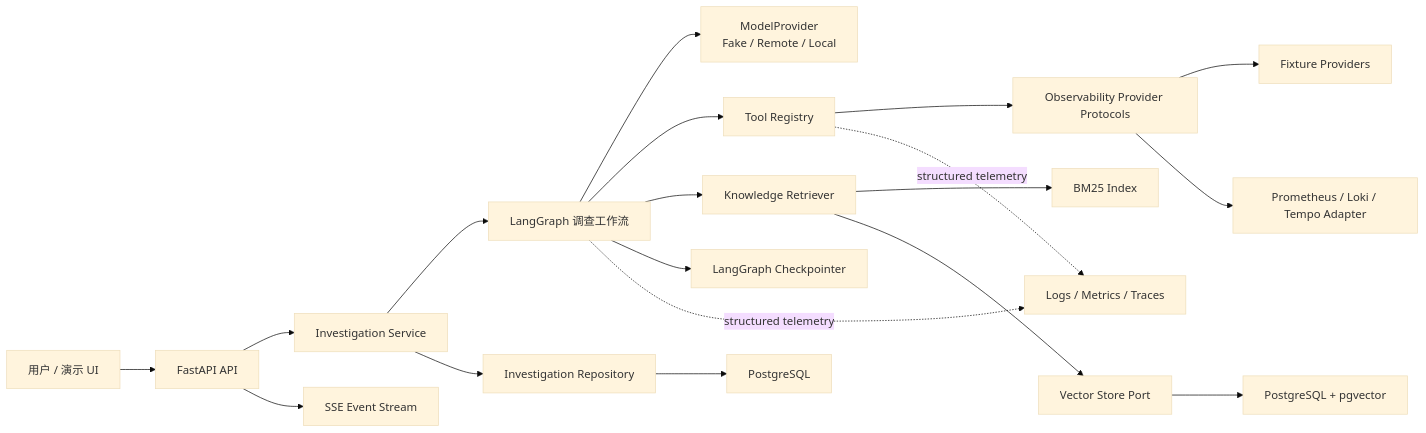
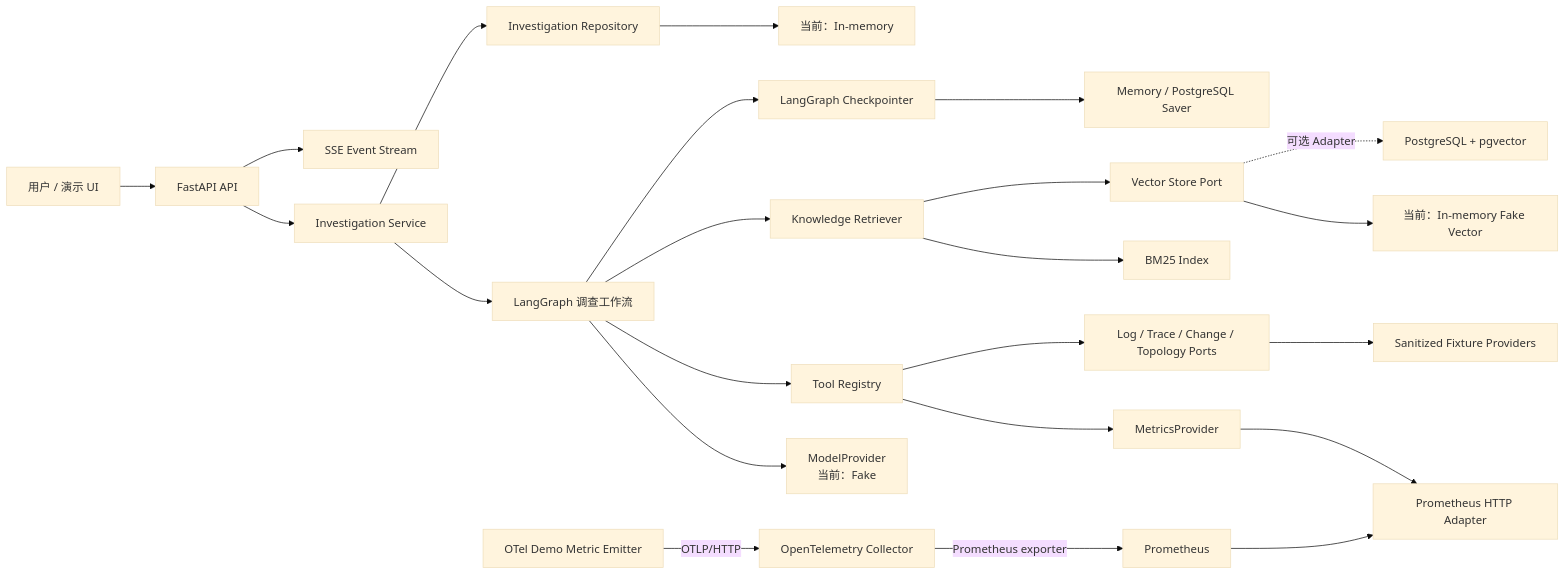
The diagram in docs/ARCHITECTURE.md (Solene200/incident-copilot), drawn with Mermaid (base theme) before and after one commit. The commit also changed other lines of this file and 3 other files, not shown here.

````diff
--- a/docs/ARCHITECTURE.md
+++ b/docs/ARCHITECTURE.md
@@ -14,21 +14,25 @@
 ```mermaid
 flowchart LR
     User["用户 / 演示 UI"] --> API["FastAPI API"]
     API --> Service["Investigation Service"]
     Service --> Graph["LangGraph 调查工作流"]
-    Graph --> Model["ModelProvider\nFake / Remote / Local"]
+    Graph --> Model["ModelProvider\n当前：Fake"]
     Graph --> Registry["Tool Registry"]
-    Registry --> ObsPorts["Observability Provider Protocols"]
-    ObsPorts --> Fixture["Fixture Providers"]
-    ObsPorts --> Real["Prometheus / Loki / Tempo Adapter"]
+    Registry --> MetricPort["MetricsProvider"]
+    Registry --> OtherPorts["Log / Trace / Change / Topology Ports"]
+    MetricPort --> PromAdapter["Prometheus HTTP Adapter"]
+    OtherPorts --> Fixture["Sanitized Fixture Providers"]
     Graph --> Retriever["Knowledge Retriever"]
     Retriever --> BM25["BM25 Index"]
     Retriever --> Vector["Vector Store Port"]
-    Vector --> PGV["PostgreSQL + pgvector"]
+    Vector --> InMemory["当前：In-memory Fake Vector"]
+    Vector -. "可选 Adapter" .-> PGV["PostgreSQL + pgvector"]
     Graph --> Checkpoint["LangGraph Checkpointer"]
     Service --> Repo["Investigation Repository"]
-    Repo --> DB["PostgreSQL"]
+    Repo --> MemoryRepo["当前：In-memory"]
+    Checkpoint --> Saver["Memory / PostgreSQL Saver"]
     API --> Stream["SSE Event Stream"]
-    Graph -. "structured telemetry" .-> Telemetry["Logs / Metrics / Traces"]
-    Registry -. "structured telemetry" .-> Telemetry
+    Emitter["OTel Demo Metric Emitter"] -->|"OTLP/HTTP"| Collector["OpenTelemetry Collector"]
+    Collector -->|"Prometheus exporter"| Prometheus["Prometheus"]
+    Prometheus --> PromAdapter
 ```
````
